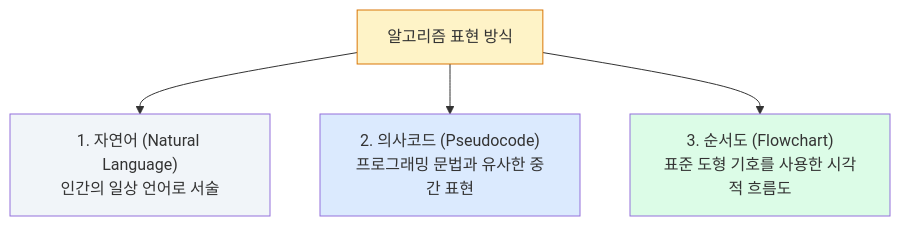
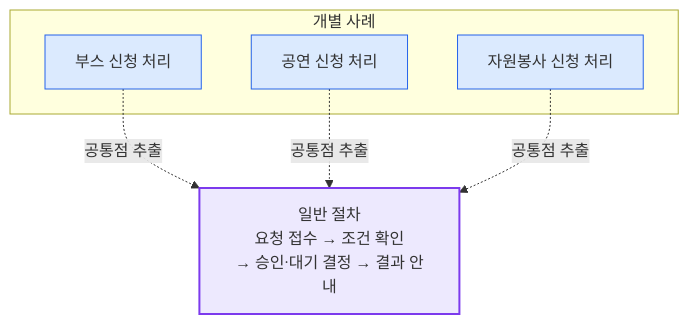
One commit to phyzikyh/computing changed the second of 4 diagrams in 강의교재/week03_lecture.qmd. Above: the diagram before and after it, drawn with Mermaid. The commit also changed other lines of this file and 3 other files, not shown here.

````diff
--- a/강의교재/week03_lecture.qmd
+++ b/강의교재/week03_lecture.qmd
@@ -58,11 +59,17 @@
 ```{mermaid}
 flowchart TD
-    ALG["알고리즘 표현 방식"] --> M1["1. 자연어 (Natural Language)<br/>인간의 일상 언어로 서술"]
-    ALG --> M2["2. 의사코드 (Pseudocode)<br/>프로그래밍 문법과 유사한 중간 표현"]
-    ALG --> M3["3. 순서도 (Flowchart)<br/>표준 도형 기호를 사용한 시각적 흐름도"]
+    subgraph 개별 사례
+      A1["부스 신청 처리"]
+      A2["공연 신청 처리"]
+      A3["자원봉사 신청 처리"]
+    end
+    A1 -.공통점 추출.-> G
+    A2 -.공통점 추출.-> G
+    A3 -.공통점 추출.-> G
+    G["일반 절차<br/>요청 접수 → 조건 확인<br/>→ 승인·대기 결정 → 결과 안내"]
 
-    style ALG fill:#fef3c7,stroke:#d97706
-    style M1 fill:#f1f5f9
-    style M2 fill:#dbeafe
-    style M3 fill:#dcfce7
+    style G fill:#ede9fe,stroke:#7c3aed,stroke-width:2px
+    style A1 fill:#dbeafe,stroke:#2563eb
+    style A2 fill:#dbeafe,stroke:#2563eb
+    style A3 fill:#dbeafe,stroke:#2563eb
 ```
````
